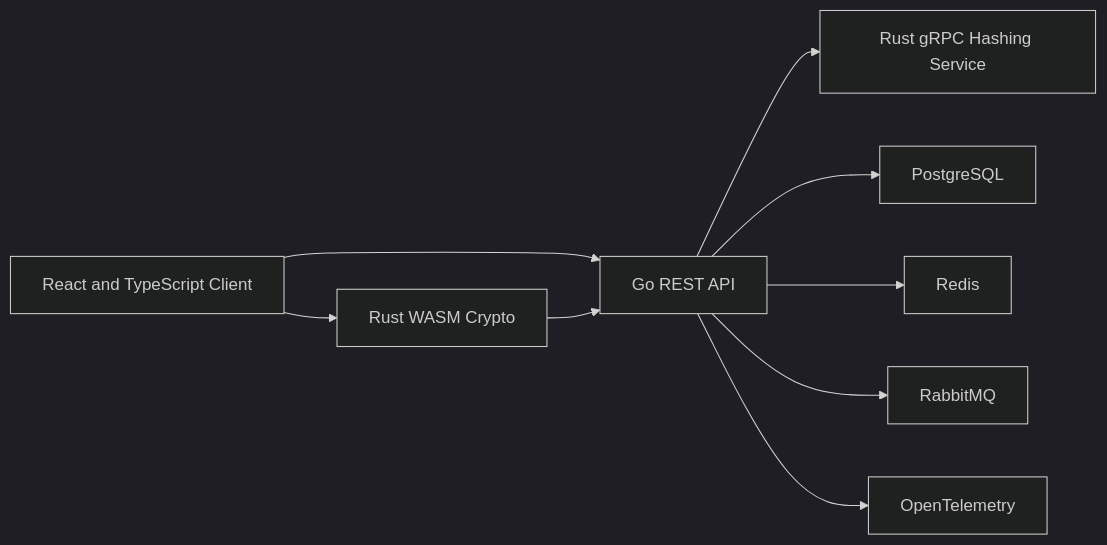
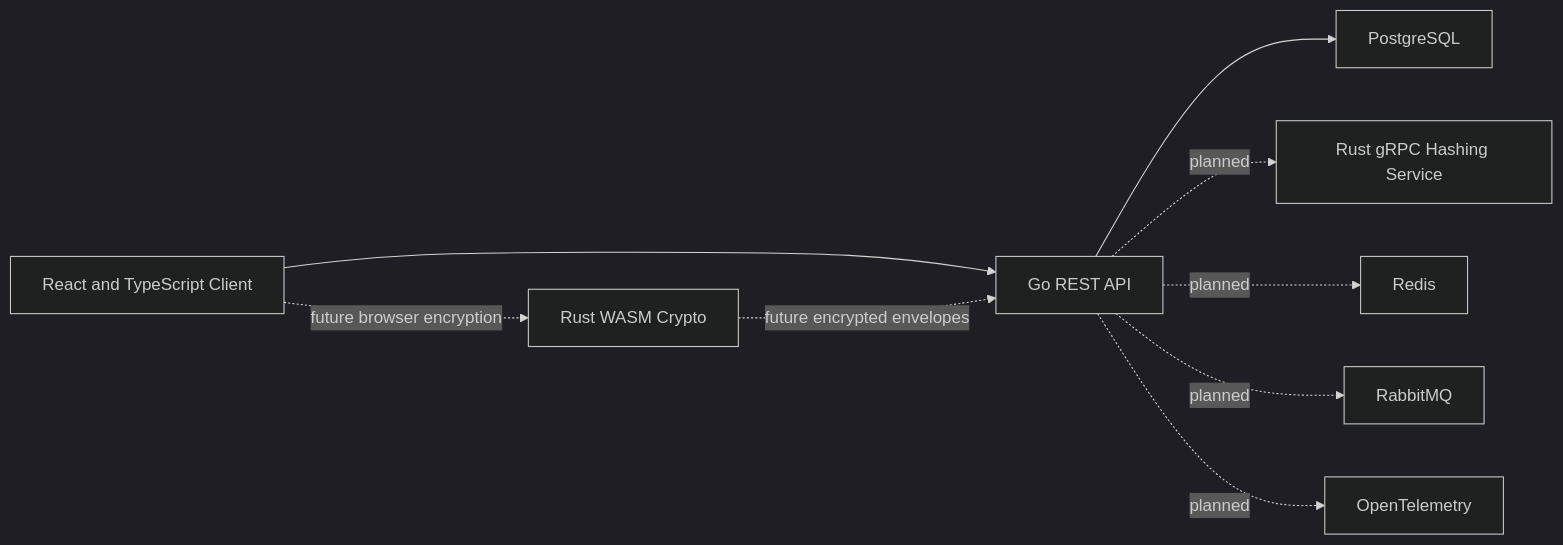
Before and after one commit to martinrgarciap/vaultforge: the diagram in README.md, drawn with Mermaid (dark theme). The commit also changed other lines of this file and 2 other files, not shown here.

````diff
--- a/README.md
+++ b/README.md
@@ -34,11 +15,11 @@
 ```mermaid
 graph LR
     B["React and TypeScript Client"] --> A["Go REST API"]
-    B --> W["Rust WASM Crypto"]
-    W --> A
-    A --> H["Rust gRPC Hashing Service"]
     A --> P["PostgreSQL"]
-    A --> R["Redis"]
-    A --> Q["RabbitMQ"]
-    A --> O["OpenTelemetry"]
+    B -. "future browser encryption" .-> W["Rust WASM Crypto"]
+    W -. "future encrypted envelopes" .-> A
+    A -. "planned" .-> H["Rust gRPC Hashing Service"]
+    A -. "planned" .-> R["Redis"]
+    A -. "planned" .-> Q["RabbitMQ"]
+    A -. "planned" .-> O["OpenTelemetry"]
 ```
````
